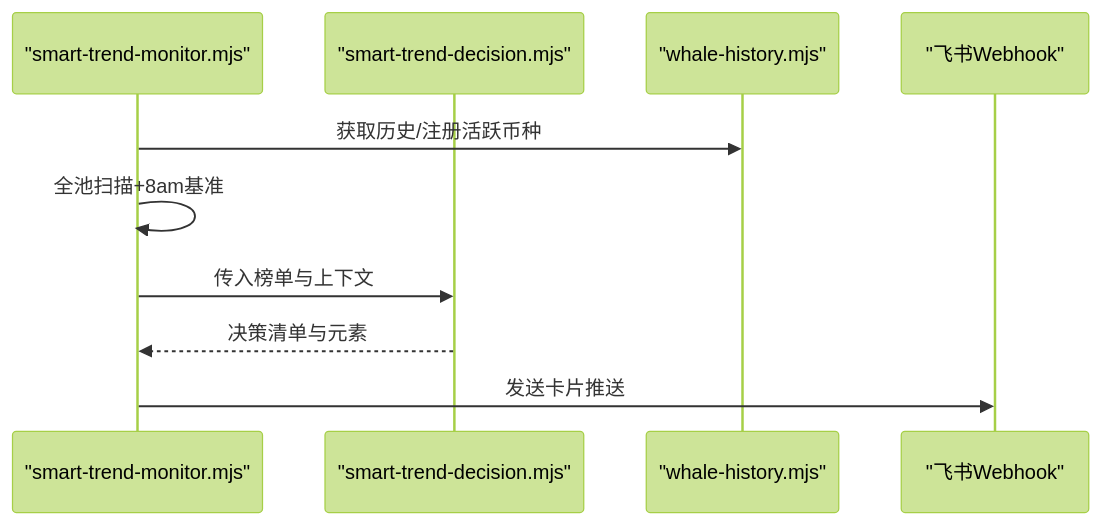
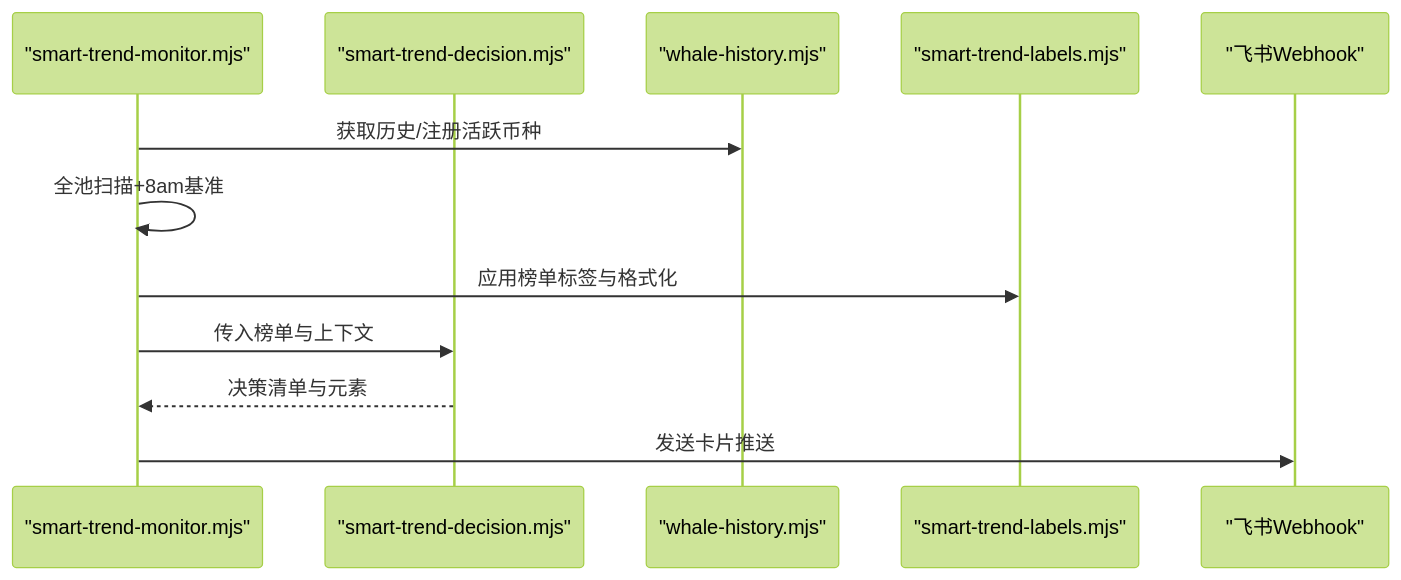
Before and after one commit to kekexilinan/BinaceSmart: the ninth of 11 diagrams in .qoder/repowiki/zh/content/核心功能模块/聪明钱监控系统.md, drawn with Mermaid (forest theme). The commit also changed other lines of this file and 51 other files, not shown here.

````diff
--- a/.qoder/repowiki/zh/content/核心功能模块/聪明钱监控系统.md
+++ b/.qoder/repowiki/zh/content/核心功能模块/聪明钱监控系统.md
@@ -334,12 +356,14 @@
 ```mermaid
 sequenceDiagram
 participant Monitor as "smart-trend-monitor.mjs"
 participant Decision as "smart-trend-decision.mjs"
 participant Whale as "whale-history.mjs"
+participant Labels as "smart-trend-labels.mjs"
 participant Feishu as "飞书Webhook"
 Monitor->>Whale : 获取历史/注册活跃币种
 Monitor->>Monitor : 全池扫描+8am基准
+Monitor->>Labels : 应用榜单标签与格式化
 Monitor->>Decision : 传入榜单与上下文
 Decision-->>Monitor : 决策清单与元素
 Monitor->>Feishu : 发送卡片推送
 ```
````
